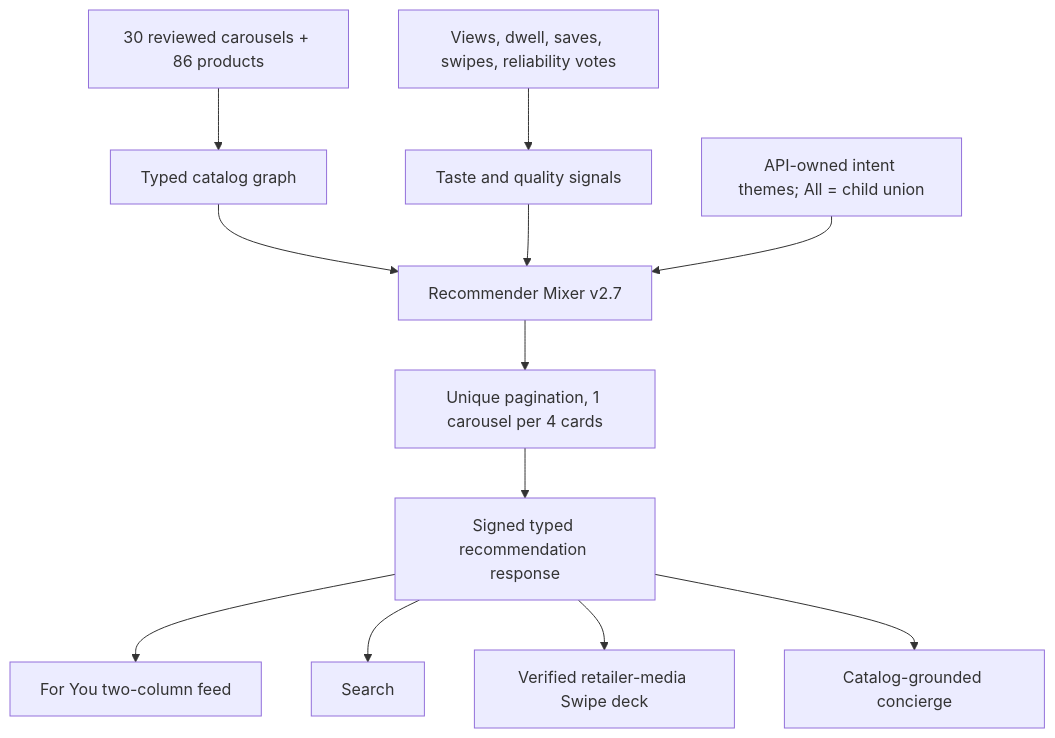
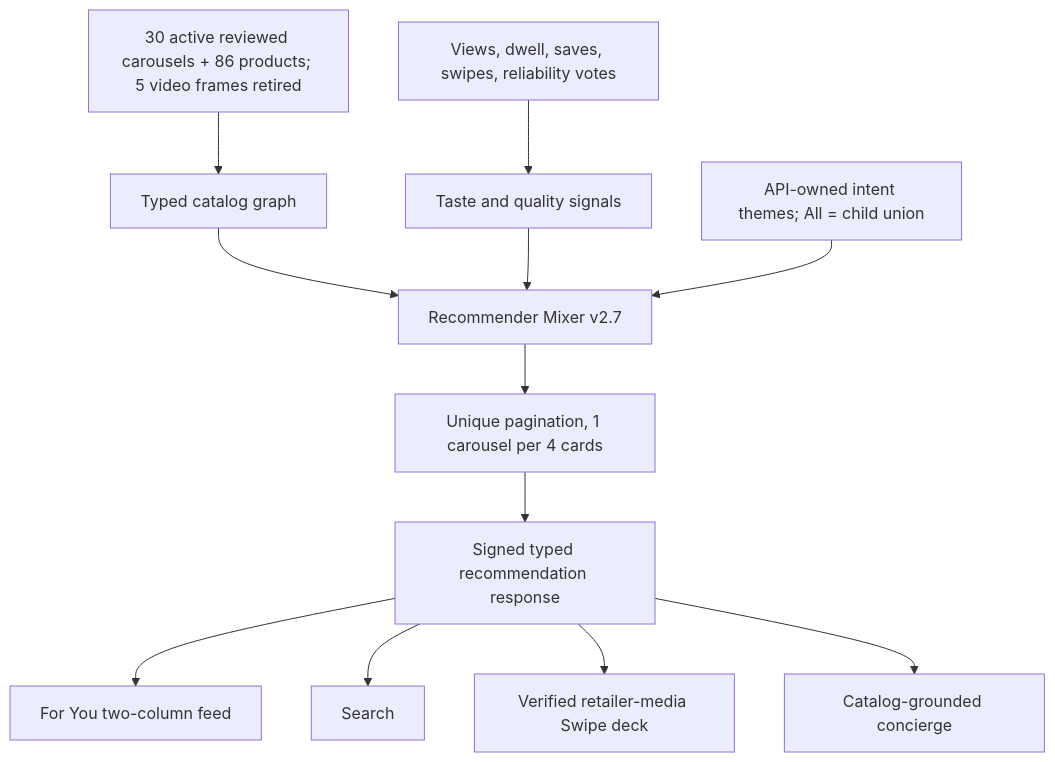
Before and after one commit to Tar-ive/giftmaxxing-mobile: the second of 3 diagrams in docs/swipe-product-image-pipeline.md, drawn with Mermaid. The commit also changed other lines of this file and 17 other files, not shown here.

````diff
--- a/docs/swipe-product-image-pipeline.md
+++ b/docs/swipe-product-image-pipeline.md
@@ -79,14 +81,14 @@
 ```mermaid
 flowchart TD
-  Curated["30 reviewed carousels + 86 products"] --> Catalog["Typed catalog graph"]
+  Curated["30 active reviewed carousels + 86 products; 5 video frames retired"] --> Catalog["Typed catalog graph"]
   Events["Views, dwell, saves, swipes, reliability votes"] --> Profile["Taste and quality signals"]
   Catalog --> Mixer["Recommender Mixer v2.7"]
   Profile --> Mixer
   Taxonomy["API-owned intent themes; All = child union"] --> Mixer
   Mixer --> Policy["Unique pagination, 1 carousel per 4 cards"]
   Policy --> API["Signed typed recommendation response"]
   API --> Home["For You two-column feed"]
   API --> Search["Search"]
   API --> Challenge["Verified retailer-media Swipe deck"]
   API --> Maxi["Catalog-grounded concierge"]
 ```
````
